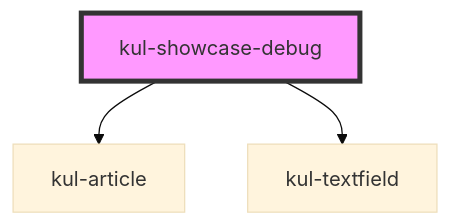
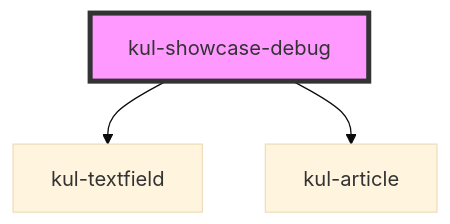
One commit to lucafoscili/ketchup-lite changed the diagram in packages/ketchup-lite/src/components/kul-showcase/utilities/debug/readme.md. Above: the diagram before and after it, drawn with Mermaid (base theme). The commit also changed other lines of this file and 94 other files, not shown here.

````diff
--- a/packages/ketchup-lite/src/components/kul-showcase/utilities/debug/readme.md
+++ b/packages/ketchup-lite/src/components/kul-showcase/utilities/debug/readme.md
@@ -23,6 +20,6 @@
 ```mermaid
 graph TD;
+  kul-showcase-debug --> kul-textfield
   kul-showcase-debug --> kul-article
-  kul-showcase-debug --> kul-textfield
   style kul-showcase-debug fill:#f9f,stroke:#333,stroke-width:4px
 ```
````
